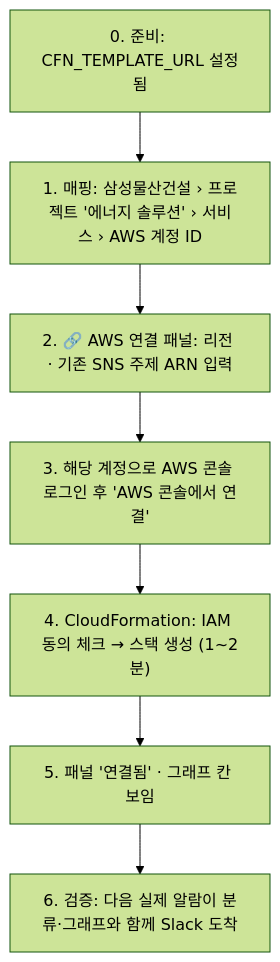
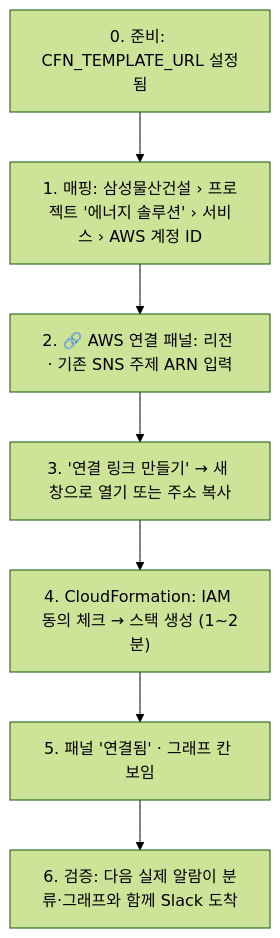
One commit to hkjs96/alert-hub changed the fourth of 5 diagrams in docs/aws-connect-guide.md. Above: the diagram before and after it, drawn with Mermaid (forest theme). The commit also changed other lines of this file, not shown here.

Commit message:
docs: 연결 버튼 이름 변경 반영
Claude-Session: https://claude.ai/code/session_013hcm89oupHuYDzWXymAHSQ

````diff
--- a/docs/aws-connect-guide.md
+++ b/docs/aws-connect-guide.md
@@ -113,9 +113,9 @@
 ```mermaid
 flowchart TD
   S0["0. 준비: CFN_TEMPLATE_URL 설정됨"] --> S1["1. 매핑: 삼성물산건설 › 프로젝트 '에너지 솔루션' › 서비스 › AWS 계정 ID"]
   S1 --> S2["2. 🔗 AWS 연결 패널: 리전 · 기존 SNS 주제 ARN 입력"]
-  S2 --> S3["3. 해당 계정으로 AWS 콘솔 로그인 후 'AWS 콘솔에서 연결'"]
+  S2 --> S3["3. '연결 링크 만들기' → 새 창으로 열기 또는 주소 복사"]
   S3 --> S4["4. CloudFormation: IAM 동의 체크 → 스택 생성 (1~2분)"]
   S4 --> S5["5. 패널 '연결됨' · 그래프 칸 보임"]
   S5 --> S6["6. 검증: 다음 실제 알람이 분류·그래프와 함께 Slack 도착"]
 ```
````
